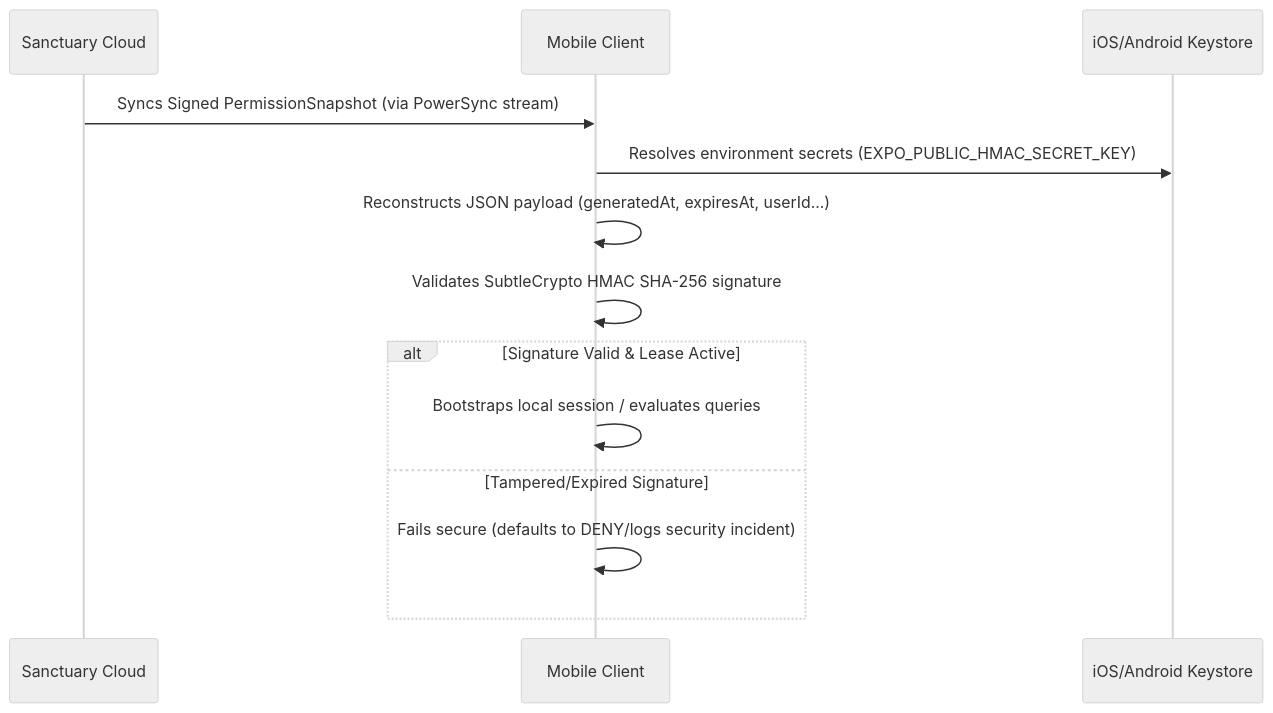
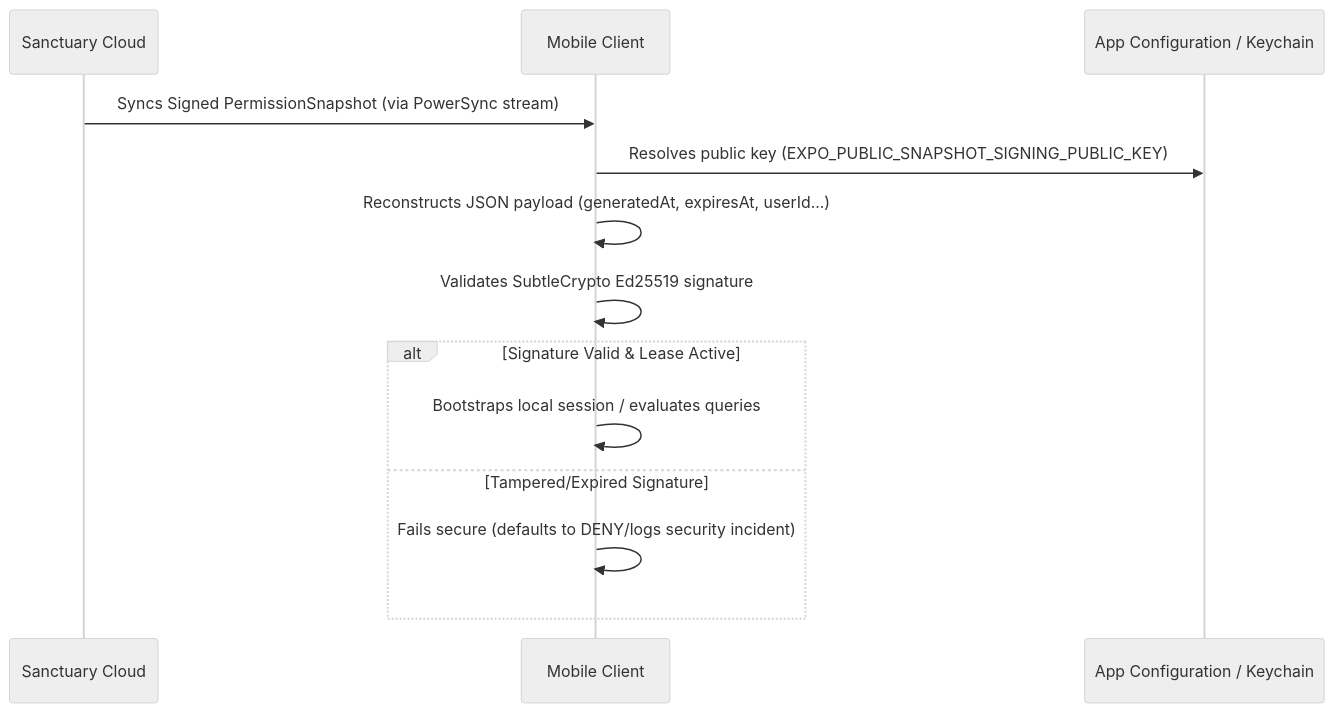
The diagram in apps/gurudevi-mobile/docs/architecture/offline-security-and-resilience.md (NeevSK/EdLove), drawn with Mermaid (neutral theme) before and after one commit. The commit also changed other lines of this file and 62 other files, not shown here.

````diff
--- a/apps/gurudevi-mobile/docs/architecture/offline-security-and-resilience.md
+++ b/apps/gurudevi-mobile/docs/architecture/offline-security-and-resilience.md
@@ -33,16 +33,16 @@
 ```mermaid
 sequenceDiagram
     participant S as Sanctuary Cloud
     participant C as Mobile Client
-    participant K as iOS/Android Keystore
+    participant K as App Configuration / Keychain
 
     S->>C: Syncs Signed PermissionSnapshot (via PowerSync stream)
-    C->>K: Resolves environment secrets (EXPO_PUBLIC_HMAC_SECRET_KEY)
+    C->>K: Resolves public key (EXPO_PUBLIC_SNAPSHOT_SIGNING_PUBLIC_KEY)
     C->>C: Reconstructs JSON payload (generatedAt, expiresAt, userId...)
-    C->>C: Validates SubtleCrypto HMAC SHA-256 signature
+    C->>C: Validates SubtleCrypto Ed25519 signature
     alt Signature Valid & Lease Active
         C->>C: Bootstraps local session / evaluates queries
     else Tampered/Expired Signature
         C->>C: Fails secure (defaults to DENY/logs security incident)
     end
 ```
````
